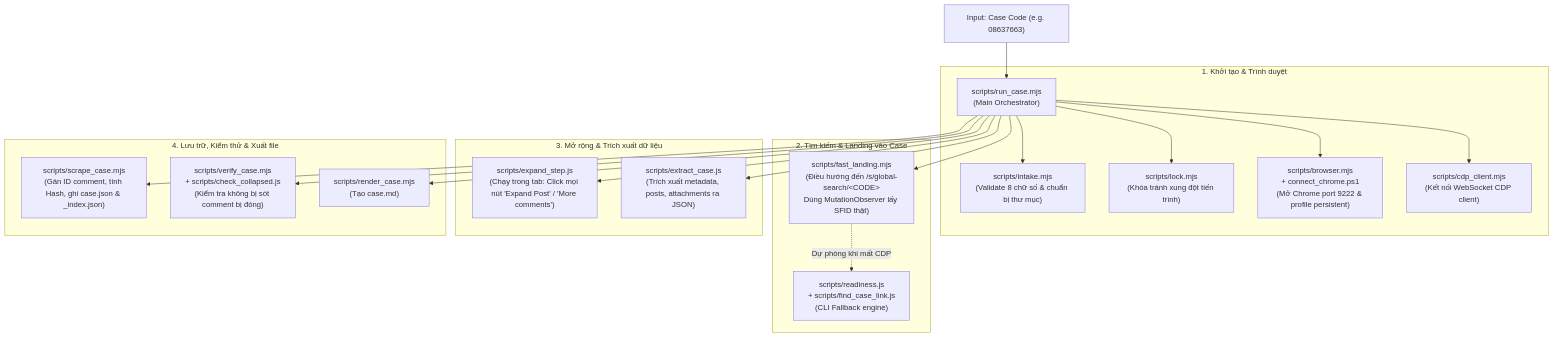
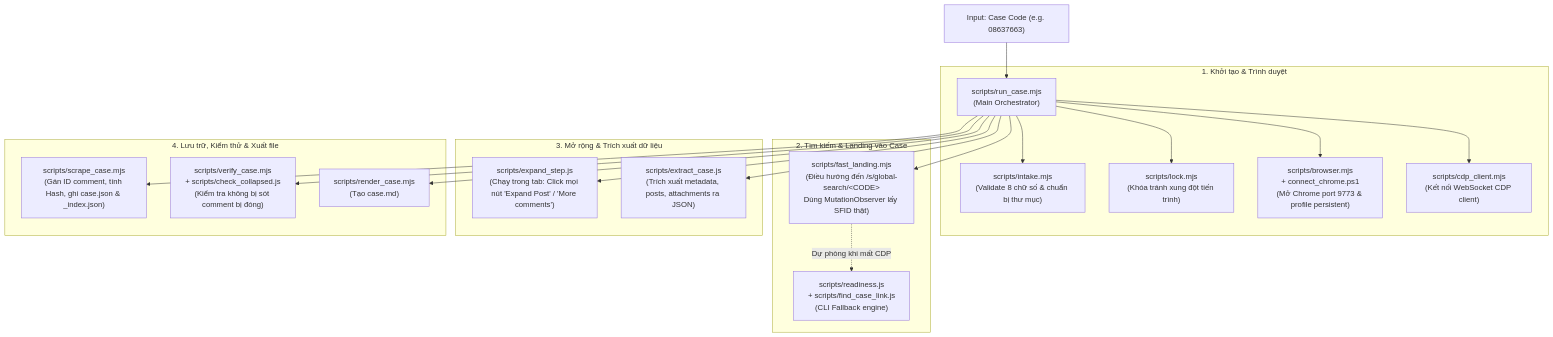
Before and after one commit to congtubkbn/qualcomm-case-agent: the third of 5 diagrams in docs/DESIGN.md, drawn with Mermaid. The commit also changed other lines of this file and 16 other files, not shown here.

First line of the commit message:
fix(browser): verify CDP port identity before trusting a connection

````diff
--- a/docs/DESIGN.md
+++ b/docs/DESIGN.md
@@ -112,27 +112,27 @@
 ```mermaid
 flowchart TD
   User["Input: Case Code (e.g. 08637663)"] --> RunCase["scripts/run_case.mjs<br/>(Main Orchestrator)"]
   
   subgraph KhởiTạo["1. Khởi tạo & Trình duyệt"]
     RunCase --> Intake["scripts/intake.mjs<br/>(Validate 8 chữ số & chuẩn bị thư mục)"]
     RunCase --> Lock["scripts/lock.mjs<br/>(Khóa tránh xung đột tiến trình)"]
-    RunCase --> Browser["scripts/browser.mjs<br/>+ connect_chrome.ps1<br/>(Mở Chrome port 9222 & profile persistent)"]
+    RunCase --> Browser["scripts/browser.mjs<br/>+ connect_chrome.ps1<br/>(Mở Chrome port 9773 & profile persistent)"]
     RunCase --> CDP["scripts/cdp_client.mjs<br/>(Kết nối WebSocket CDP client)"]
   end
 
   subgraph ĐiềuHướng["2. Tìm kiếm & Landing vào Case"]
     RunCase --> FastLanding["scripts/fast_landing.mjs<br/>(Điều hướng đến /s/global-search/&lt;CODE&gt;<br/>Dùng MutationObserver lấy SFID thật)"]
     FastLanding -.->|Dự phòng khi mất CDP| Fallback["scripts/readiness.js<br/>+ scripts/find_case_link.js<br/>(CLI Fallback engine)"]
   end
 
   subgraph ThuThập["3. Mở rộng & Trích xuất dữ liệu"]
     RunCase --> Expand["scripts/expand_step.js<br/>(Chạy trong tab: Click mọi nút 'Expand Post' / 'More comments')"]
     RunCase --> Extract["scripts/extract_case.js<br/>(Trích xuất metadata, posts, attachments ra JSON)"]
   end
 
   subgraph XửLýLưuTrữ["4. Lưu trữ, Kiểm thử & Xuất file"]
     RunCase --> Scrape["scripts/scrape_case.mjs<br/>(Gán ID comment, tính Hash, ghi case.json & _index.json)"]
     RunCase --> Verify["scripts/verify_case.mjs<br/>+ scripts/check_collapsed.js<br/>(Kiểm tra không bị sót comment bị đóng)"]
     RunCase --> Render["scripts/render_case.mjs<br/>(Tạo case.md)"]
   end
 ```
````
